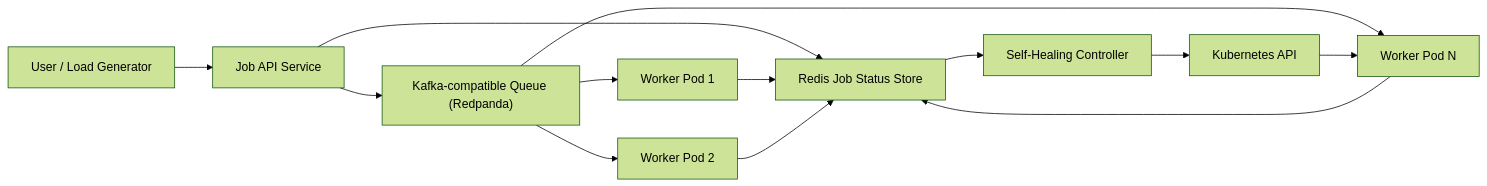
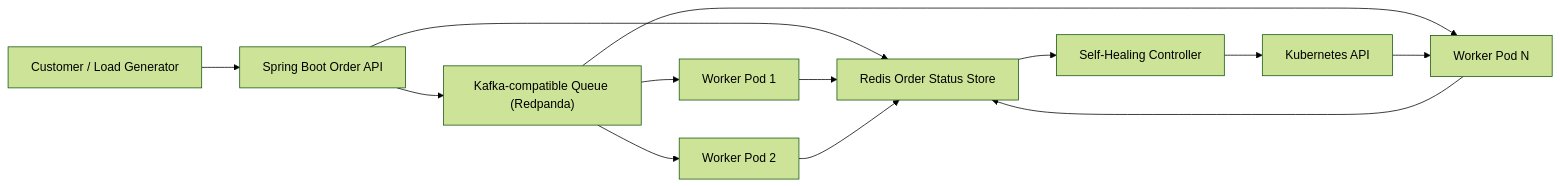
One commit to ayushkumar-mait/spe_project changed the diagram in README.md. Above: the diagram before and after it, drawn with Mermaid (forest theme). The commit also changed other lines of this file and 44 other files, not shown here.

Commit message:
Convert app layer to delivery order API

````diff
--- a/README.md
+++ b/README.md
@@ -11,15 +12,15 @@
 ```mermaid
 flowchart LR
-    U["User / Load Generator"] --> A["Job API Service"]
+    U["Customer / Load Generator"] --> A["Spring Boot Order API"]
     A --> K["Kafka-compatible Queue (Redpanda)"]
-    A --> R["Redis Job Status Store"]
+    A --> R["Redis Order Status Store"]
     K --> W1["Worker Pod 1"]
     K --> W2["Worker Pod 2"]
     K --> WN["Worker Pod N"]
     W1 --> R
     W2 --> R
     WN --> R
     R --> H["Self-Healing Controller"]
     H --> K8S["Kubernetes API"]
     K8S --> WN
 ```
````
